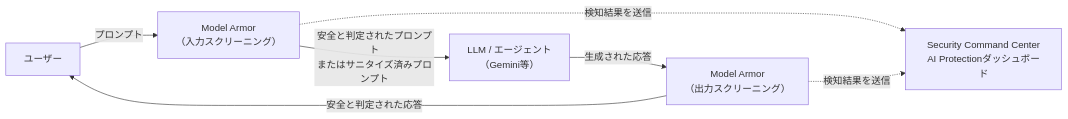
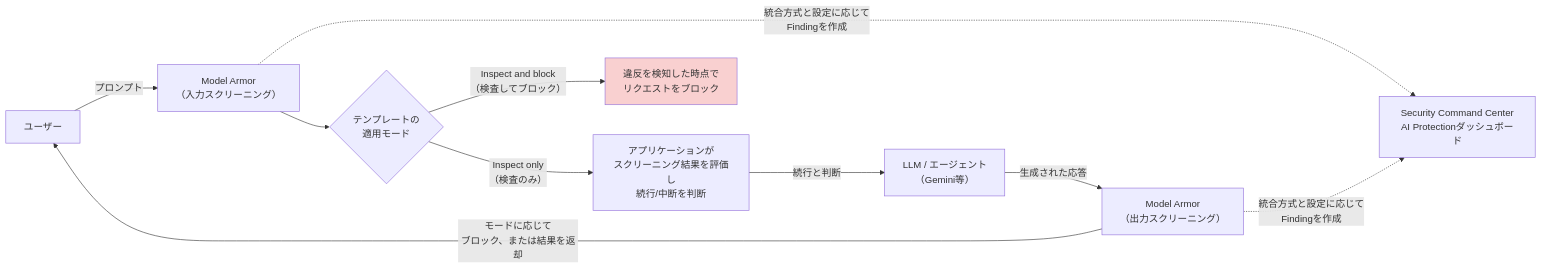
One commit to myoshi2891/Cloud-Infrastructure-Studies changed diagram 20 of 26 in Gcp-pca-section3-security-compliance.md. Above: the diagram before and after it, drawn with Mermaid. The commit also changed other lines of this file and 1 other file, not shown here.

````diff
--- a/Gcp-pca-section3-security-compliance.md
+++ b/Gcp-pca-section3-security-compliance.md
@@ -716,9 +754,13 @@
 ```mermaid
 flowchart LR
     User["ユーザー"] -->|プロンプト| MA1["Model Armor<br/>（入力スクリーニング）"]
-    MA1 -->|安全と判定されたプロンプト<br/>またはサニタイズ済みプロンプト| LLM["LLM / エージェント<br/>（Gemini等）"]
+    MA1 --> Mode{"テンプレートの<br/>適用モード"}
+    Mode -->|Inspect only<br/>（検査のみ）| App["アプリケーションが<br/>スクリーニング結果を評価し<br/>続行/中断を判断"]
+    Mode -->|Inspect and block<br/>（検査してブロック）| Blk["違反を検知した時点で<br/>リクエストをブロック"]
+    App -->|続行と判断| LLM["LLM / エージェント<br/>（Gemini等）"]
     LLM -->|生成された応答| MA2["Model Armor<br/>（出力スクリーニング）"]
-    MA2 -->|安全と判定された応答| User
-    MA1 -.->|検知結果を送信| SCC["Security Command Center<br/>AI Protectionダッシュボード"]
-    MA2 -.->|検知結果を送信| SCC
+    MA2 -->|モードに応じて<br/>ブロック、または結果を返却| User
+    MA1 -.->|統合方式と設定に応じて<br/>Findingを作成| SCC["Security Command Center<br/>AI Protectionダッシュボード"]
+    MA2 -.->|統合方式と設定に応じて<br/>Findingを作成| SCC
+    style Blk fill:#f9d0d0
 ```
````
